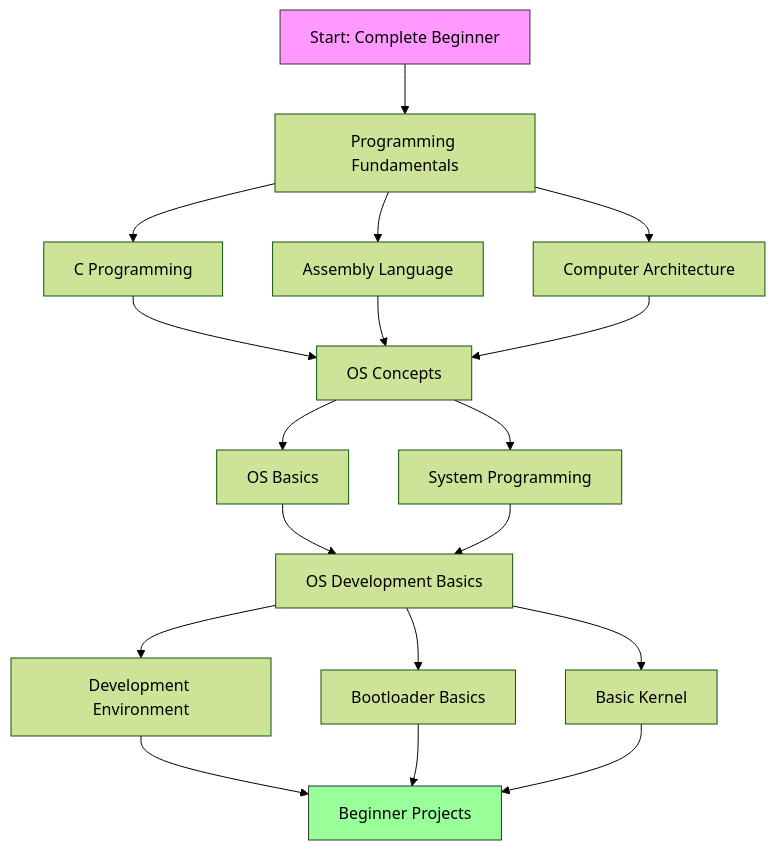
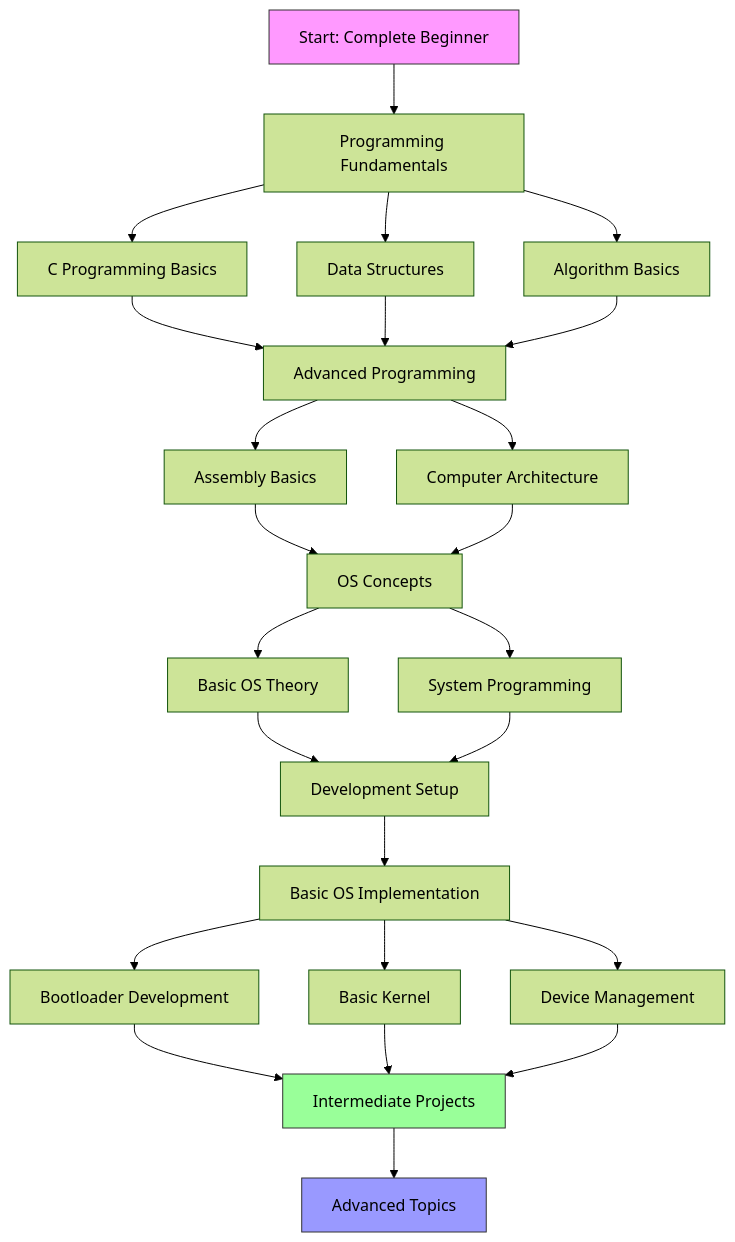
The diagram in Operating-System-Development/noC.md (stanley-fork/amILearningEnough), drawn with Mermaid (forest theme) before and after one commit. The commit also changed other lines of this file, not shown here.

````diff
--- a/Operating-System-Development/noC.md
+++ b/Operating-System-Development/noC.md
@@ -4,29 +3,40 @@
 ```mermaid
 flowchart TD
     A[Start: Complete Beginner] --> B[Programming Fundamentals]
     
-    B --> C[C Programming]
-    B --> D[Assembly Language]
-    B --> E[Computer Architecture]
+    B --> C[C Programming Basics]
+    B --> D[Data Structures]
+    B --> E[Algorithm Basics]
     
-    C --> F[OS Concepts]
+    C --> F[Advanced Programming]
     D --> F
     E --> F
     
-    F --> G[OS Basics]
-    F --> H[System Programming]
+    F --> G[Assembly Basics]
+    F --> H[Computer Architecture]
     
-    G --> I[OS Development Basics]
+    G --> I[OS Concepts]
     H --> I
     
-    I --> J[Development Environment]
-    I --> K[Bootloader Basics]
-    I --> L[Basic Kernel]
+    I --> J[Basic OS Theory]
+    I --> K[System Programming]
     
-    J --> M[Beginner Projects]
-    K --> M
-    L --> M
+    J --> L[Development Setup]
+    K --> L
+    
+    L --> M[Basic OS Implementation]
+    
+    M --> N[Bootloader Development]
+    M --> O[Basic Kernel]
+    M --> P[Device Management]
+    
+    N --> Q[Intermediate Projects]
+    O --> Q
+    P --> Q
+    
+    Q --> R[Advanced Topics]
     
     style A fill:#f9f,stroke:#333
-    style M fill:#9f9,stroke:#333
+    style Q fill:#9f9,stroke:#333
+    style R fill:#99f,stroke:#333
 ```
````
